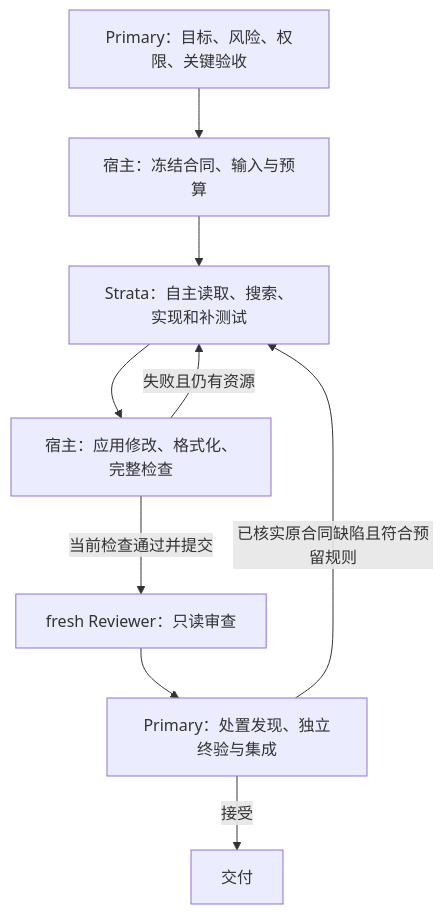
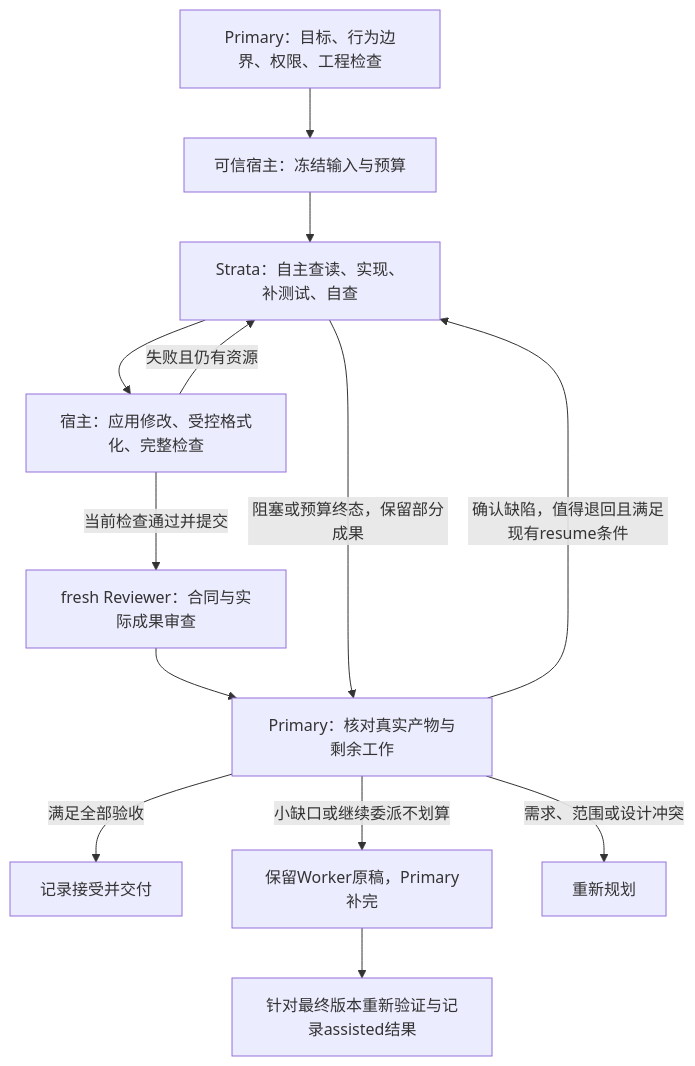
Before and after one commit to Shengtao-Lin/codex-local-workers: the diagram in docs/strata-architecture.md, drawn with Mermaid. The commit also changed other lines of this file and 52 other files, not shown here.

````diff
--- a/docs/strata-architecture.md
+++ b/docs/strata-architecture.md
@@ -69,11 +28,15 @@
 ```mermaid
 flowchart TD
-    P["Primary：目标、风险、权限、关键验收"] --> H["宿主：冻结合同、输入与预算"]
-    H --> W["Strata：自主读取、搜索、实现和补测试"]
-    W --> C["宿主：应用修改、格式化、完整检查"]
+    P[Primary：目标、行为边界、权限、工程检查] --> H[可信宿主：冻结输入与预算]
+    H --> W[Strata：自主查读、实现、补测试、自查]
+    W --> C[宿主：应用修改、受控格式化、完整检查]
     C -->|失败且仍有资源| W
-    C -->|当前检查通过并提交| R["fresh Reviewer：只读审查"]
-    R --> F["Primary：处置发现、独立终验与集成"]
-    F -->|已核实原合同缺陷且符合预留规则| W
-    F -->|接受| D["交付"]
+    C -->|当前检查通过并提交| R[fresh Reviewer：合同与实际成果审查]
+    R --> D[Primary：核对真实产物与剩余工作]
+    W -->|阻塞或预算终态，保留部分成果| D
+    D -->|满足全部验收| A[记录接受并交付]
+    D -->|确认缺陷，值得退回且满足现有resume条件| W
+    D -->|小缺口或继续委派不划算| T[保留Worker原稿，Primary补完]
+    T --> V[针对最终版本重新验证与记录assisted结果]
+    D -->|需求、范围或设计冲突| Q[重新规划]
 ```
````
